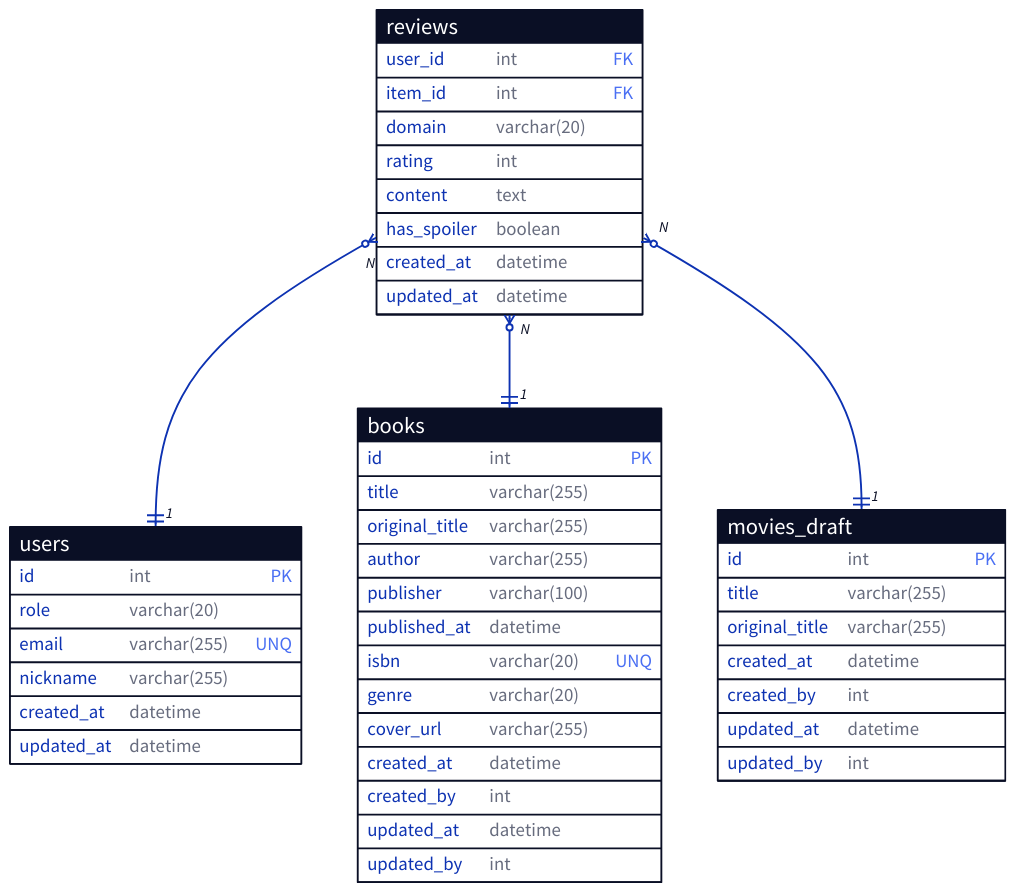
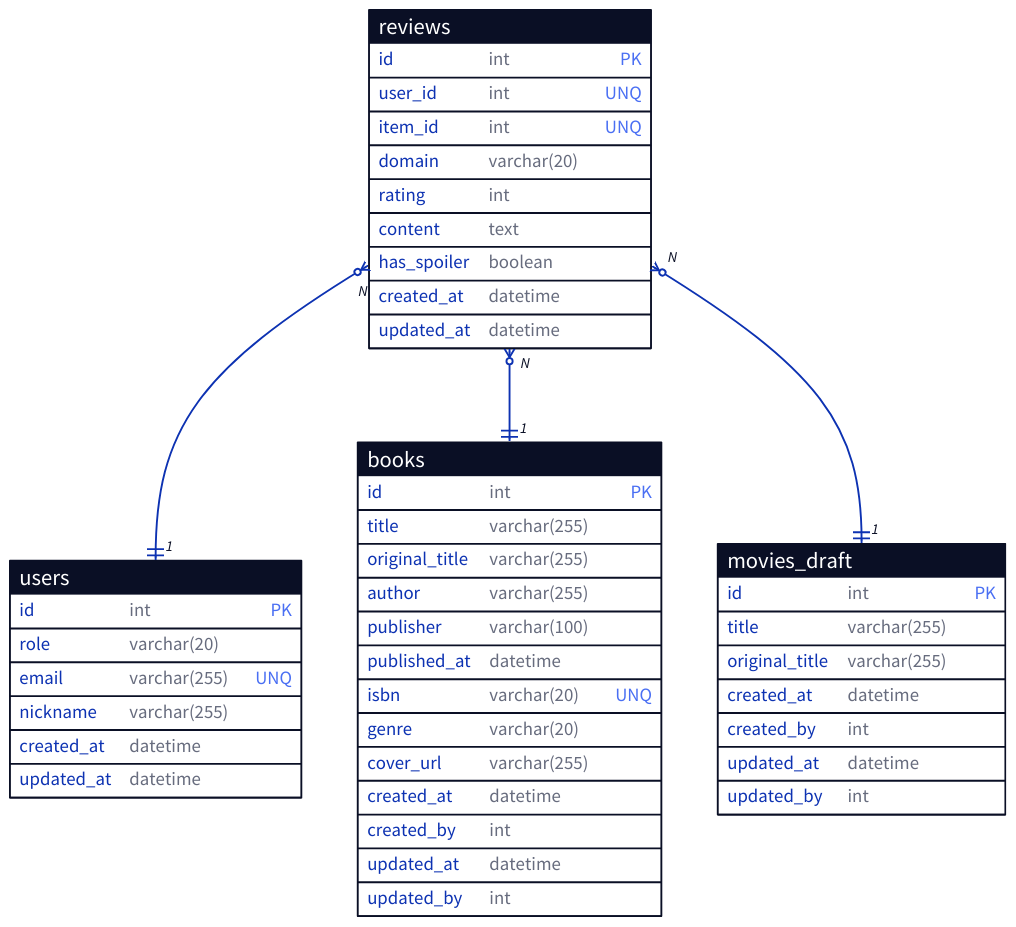
One commit to injuk/mjis-content-box changed the diagram in resources/erd.d2. Above: the diagram before and after it, drawn with D2. The commit also changed 1 other file, not shown here.

Commit message:
chore: erd 수정

```diff
--- a/resources/erd.d2
+++ b/resources/erd.d2
@@ -1,87 +1,89 @@
 users: {
   shape: sql_table
 
   id: int { constraint: primary_key }
 
   role: varchar(20)
   email: varchar(255) { constraint: unique }
   nickname: varchar(255)
 
   created_at: datetime
   updated_at: datetime
 }
 
 books: {
   shape: sql_table
 
   id: int { constraint: primary_key }
 
   title: varchar(255)
   original_title: varchar(255)
   author: varchar(255)
   publisher: varchar(100)
   published_at: datetime
 
   isbn: varchar(20) { constraint: unique }
   genre: varchar(20)
   cover_url: varchar(255)
 
   created_at: datetime
   created_by: int
   updated_at: datetime
   updated_by: int
 }
 
 movies_draft: {
   shape: sql_table
 
   id: int { constraint: primary_key }
 
   title: varchar(255)
   original_title: varchar(255)
 
   created_at: datetime
   created_by: int
   updated_at: datetime
   updated_by: int
 }
 
 reviews: {
   shape: sql_table
 
-  user_id: int { constraint: foreign_key }
-  item_id: int { constraint: foreign_key }
+  id: int { constraint: primary_key }
+
+  user_id: int { constraint: unique }
+  item_id: int { constraint: unique }
   domain: varchar(20)
 
   rating: int
   content: text
   has_spoiler: boolean
 
   created_at: datetime
   updated_at: datetime
 }
 
 reviews.user_id <-> users.id {
   source-arrowhead: N {
     shape: cf-many
   }
   target-arrowhead: 1 {
     shape: cf-one-required
   }
 }
 reviews.item_id <-> books.id {
   source-arrowhead: N {
     shape: cf-many
   }
   target-arrowhead: 1 {
     shape: cf-one-required
   }
 }
 reviews.item_id <-> movies_draft.id {
   source-arrowhead: N {
     shape: cf-many
   }
   target-arrowhead: 1 {
     shape: cf-one-required
   }
 }
```
